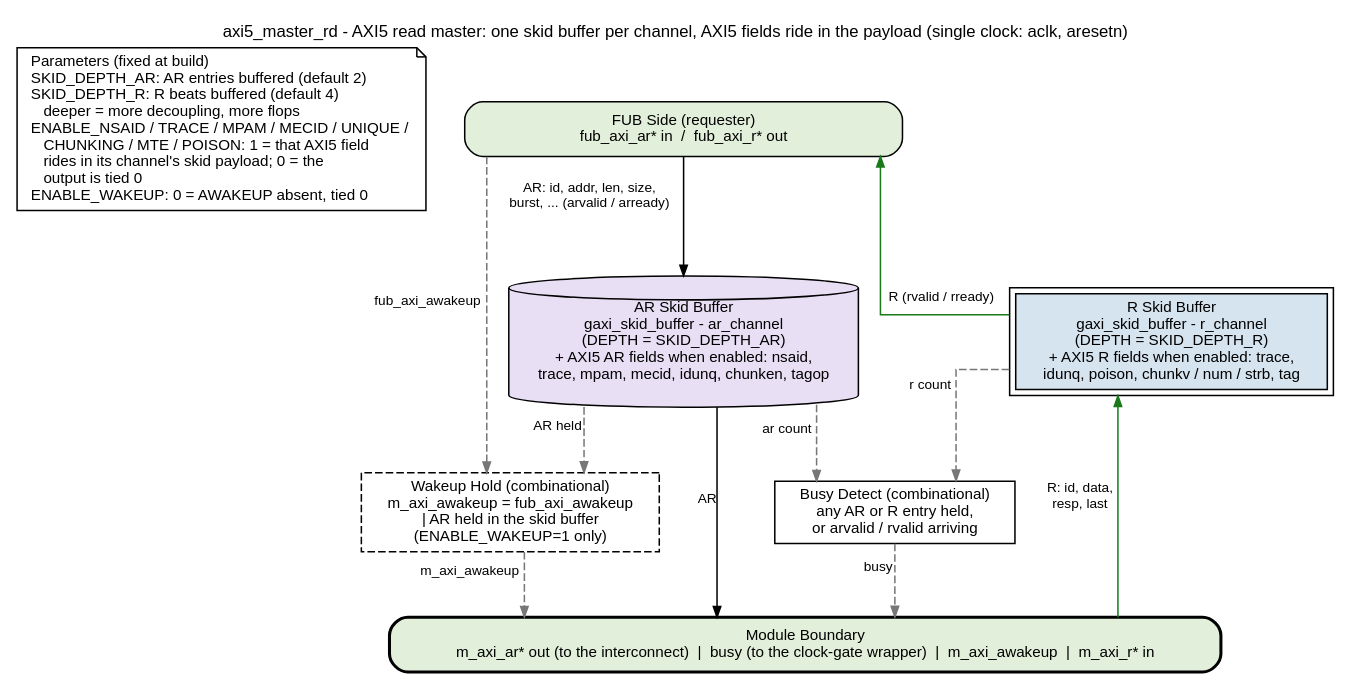
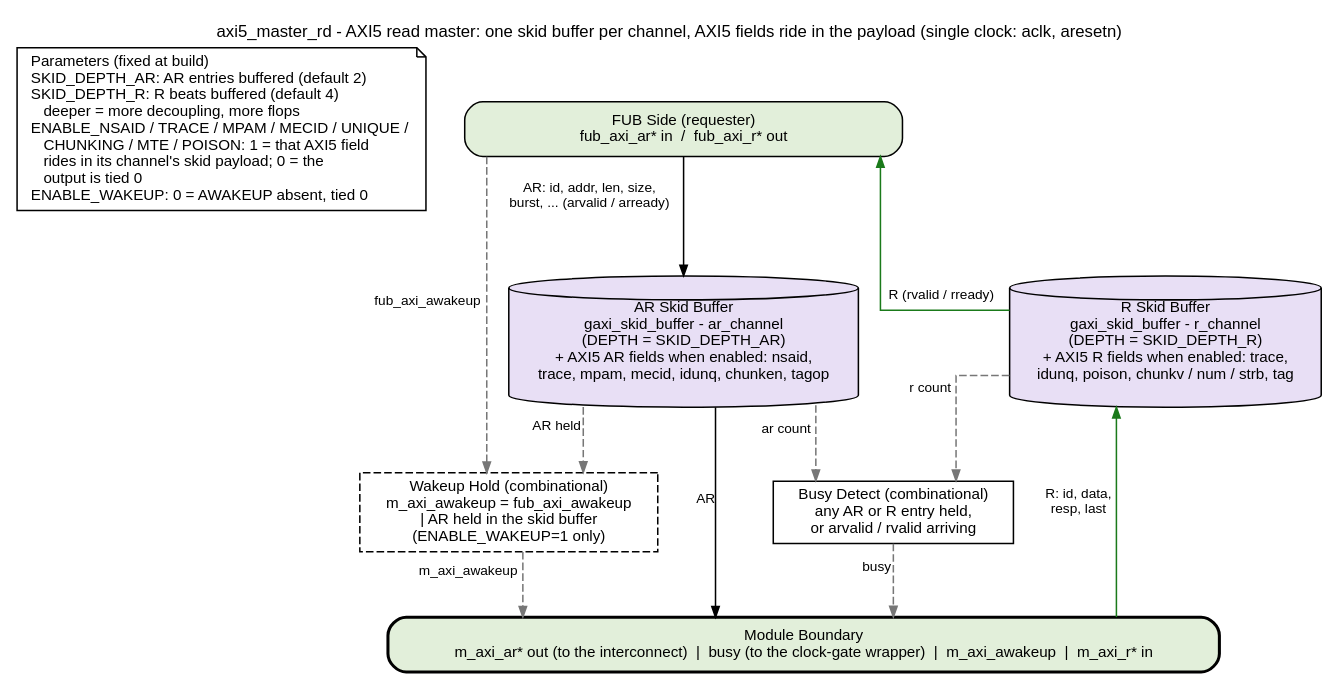
Before and after one commit to sean-galloway/RTLDesignSherpa: the diagram in docs/markdown/assets/rtl-amba/graphviz/axi5_master_rd.dot, drawn with Graphviz. The commit also changed 31 other files, not shown here.

First line of the commit message:
docs(handbook, amba): a FIFO or skid child instance is a Storage cylinder; 15 rtl-amba diagrams swept

```diff
--- a/docs/markdown/assets/rtl-amba/graphviz/axi5_master_rd.dot
+++ b/docs/markdown/assets/rtl-amba/graphviz/axi5_master_rd.dot
@@ -1,46 +1,46 @@
 // axi5_master_rd block diagram - house style (vault/handbook/authoring/block-diagrams.md).
 // Requester (FUB) side at the top, the module boundary bar at the bottom.
 // AR goes down the left lane through its skid buffer; R comes back up the right
 // lane through its own skid buffer. busy (sideband for the clock-gate wrapper)
 // sits between the lanes and leaves through the bar.
 // Source of truth: rtl/amba/axi5/axi5_master_rd.sv.
 digraph axi5_master_rd {
     graph [rankdir=TB, bgcolor="white", fontname="Helvetica", fontsize=11,
            nodesep="0.35", ranksep="0.60", splines=ortho, newrank=true,
            label="axi5_master_rd - AXI5 read master: one skid buffer per channel, AXI5 fields ride in the payload (single clock: aclk, aresetn)",
            labelloc=t, labeljust=c];
     node  [fontname="Helvetica", fontsize=10, shape=box, style=filled,
            fillcolor="white", color="black", margin="0.12,0.06"];
     edge  [fontname="Helvetica", fontsize=9, color="black", arrowsize=0.7];
 
     prm  [label="Parameters (fixed at build)\lSKID_DEPTH_AR: AR entries buffered (default 2)\lSKID_DEPTH_R: R beats buffered (default 4)\l    deeper = more decoupling, more flops\lENABLE_NSAID / TRACE / MPAM / MECID / UNIQUE /\l    CHUNKING / MTE / POISON: 1 = that AXI5 field\l    rides in its channel's skid payload; 0 = the\l    output is tied 0\lENABLE_WAKEUP: 0 = AWAKEUP absent, tied 0\l", fillcolor="white", shape=note];
     fub  [label="FUB Side (requester)\nfub_axi_ar* in  /  fub_axi_r* out", fillcolor="white", width=4.0, style="rounded,filled", fillcolor="#E2EFDA"];
 
     ar   [group=L, label="AR Skid Buffer\ngaxi_skid_buffer - ar_channel\n(DEPTH = SKID_DEPTH_AR)\n+ AXI5 AR fields when enabled: nsaid,\ntrace, mpam, mecid, idunq, chunken, tagop", shape=cylinder, style="filled", fillcolor="#E8DFF5"];
-    r    [group=R, label="R Skid Buffer\ngaxi_skid_buffer - r_channel\n(DEPTH = SKID_DEPTH_R)\n+ AXI5 R fields when enabled: trace,\nidunq, poison, chunkv / num / strb, tag", peripheries=2, style="filled", fillcolor="#D6E4F0"];
+    r    [group=R, label="R Skid Buffer\ngaxi_skid_buffer - r_channel\n(DEPTH = SKID_DEPTH_R)\n+ AXI5 R fields when enabled: trace,\nidunq, poison, chunkv / num / strb, tag", shape=cylinder, style="filled", fillcolor="#E8DFF5"];
     busy [group=C, label="Busy Detect (combinational)\nany AR or R entry held,\nor arvalid / rvalid arriving", style="filled", fillcolor="white"];
 
     mport [label="Module Boundary\nm_axi_ar* out (to the interconnect)  |  busy (to the clock-gate wrapper)  |  m_axi_awakeup  |  m_axi_r* in",
            fillcolor="white", width=7.6, style="rounded,filled,bold", fillcolor="#E2EFDA"];
 
     // request: down the left lane
     fub -> ar    [xlabel="AR: id, addr, len, size,\nburst, ... (arvalid / arready)"];
     ar  -> mport [xlabel="AR"];
     // response: back up the right lane (dir=back keeps the ranks top-down)
     r   -> mport [color="#1A7A1A", dir=back, xlabel="R: id, data,\nresp, last"];
     fub -> r     [color="#1A7A1A", dir=back, xlabel="R (rvalid / rready)"];
     // sideband between the lanes
     ar  -> busy  [style=dashed, color="#777777", xlabel="ar count"];
     r   -> busy  [style=dashed, color="#777777", xlabel="r count"];
     busy -> mport [style=dashed, color="#777777", xlabel="busy"];
     // AWAKEUP hold (IHI 0022L A14.1.1): upstream wake OR an accepted AR not yet handed on
     wake [group=C, label="Wakeup Hold (combinational)\nm_axi_awakeup = fub_axi_awakeup\n| AR held in the skid buffer\n(ENABLE_WAKEUP=1 only)", style="filled,dashed", style="filled,dashed", fillcolor="white"];
     fub  -> wake  [style=dashed, color="#777777", xlabel="fub_axi_awakeup"];
     ar   -> wake  [style=dashed, color="#777777", xlabel="AR held"];
     wake -> mport [style=dashed, color="#777777", xlabel="m_axi_awakeup"];
 
     { rank=same; prm; fub; }
     { rank=same; ar; r; }
     prm -> fub [style=invis];
     ar -> r [style=invis, minlen=4];
 }
```
